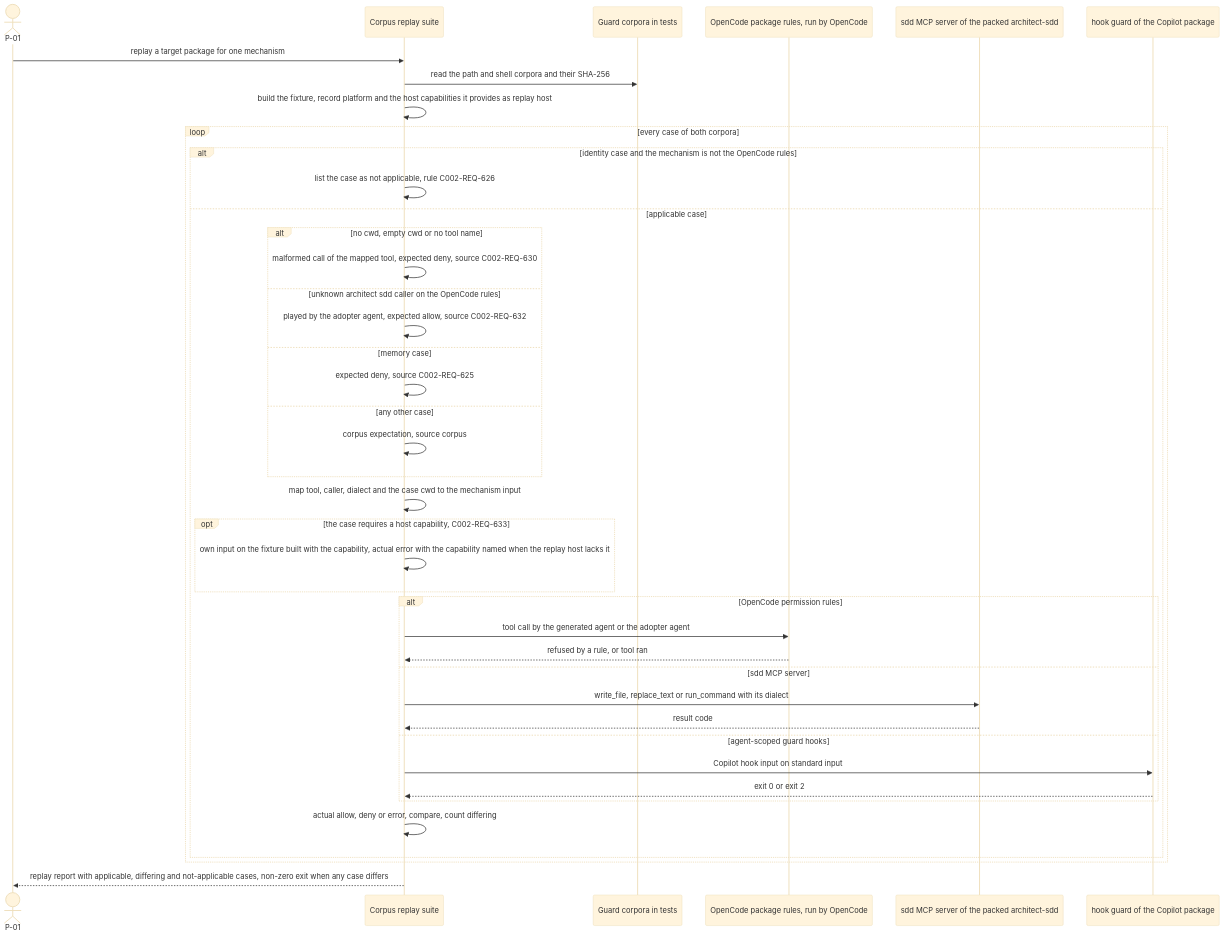
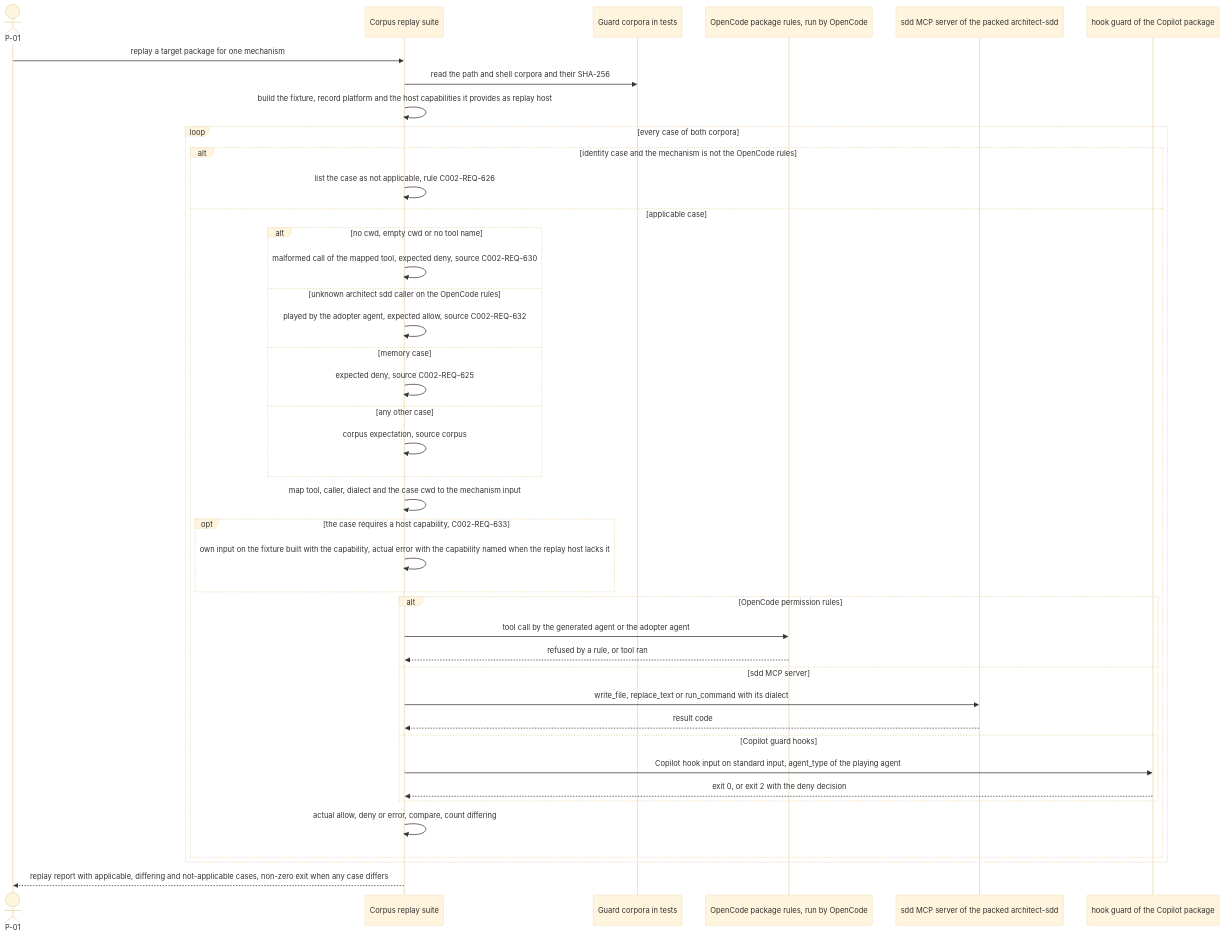
Before and after one commit to jlacube/spec-architect: diagram 12 of 15 in .sdd/002-multi-platform-targets/10-spec/60-architecture/architecture.md, drawn with Mermaid (base theme). The commit also changed other lines of this file and 15 other files, not shown here.

Commit message:
CHG-002: D-003 revision (architect) — Copilot package layout, sdd install copilot, Copilot guard hook by agent_type, naming, ERR-CLI-021/022, flow F13

````diff
--- a/.sdd/002-multi-platform-targets/10-spec/60-architecture/architecture.md
+++ b/.sdd/002-multi-platform-targets/10-spec/60-architecture/architecture.md
@@ -706,44 +740,44 @@
 ```mermaid
 sequenceDiagram
   %% F11 corpus replay with per-mechanism expectations. Realizes C002-TS-608 C002-TS-609 C002-TS-628 C002-TS-629 C002-TS-630 C002-TS-631 C002-TS-643 C002-TS-644 C002-TS-645 C002-TS-646 C002-TS-647
   actor P01 as P-01
   participant C002_COMP_008 as Corpus replay suite
   participant C002_COMP_013 as Guard corpora in tests
   participant C002_COMP_003 as OpenCode package rules, run by OpenCode
   participant C002_COMP_005 as sdd MCP server of the packed architect-sdd
   participant C002_COMP_012 as hook guard of the Copilot package
   P01->>C002_COMP_008: replay a target package for one mechanism
   C002_COMP_008->>C002_COMP_013: read the path and shell corpora and their SHA-256
   C002_COMP_008->>C002_COMP_008: build the fixture, record platform and the host capabilities it provides as replay host
   loop every case of both corpora
     alt identity case and the mechanism is not the OpenCode rules
       C002_COMP_008->>C002_COMP_008: list the case as not applicable, rule C002-REQ-626
     else applicable case
       alt no cwd, empty cwd or no tool name
         C002_COMP_008->>C002_COMP_008: malformed call of the mapped tool, expected deny, source C002-REQ-630
       else unknown architect sdd caller on the OpenCode rules
         C002_COMP_008->>C002_COMP_008: played by the adopter agent, expected allow, source C002-REQ-632
       else memory case
         C002_COMP_008->>C002_COMP_008: expected deny, source C002-REQ-625
       else any other case
         C002_COMP_008->>C002_COMP_008: corpus expectation, source corpus
       end
       C002_COMP_008->>C002_COMP_008: map tool, caller, dialect and the case cwd to the mechanism input
       opt the case requires a host capability, C002-REQ-633
         C002_COMP_008->>C002_COMP_008: own input on the fixture built with the capability, actual error with the capability named when the replay host lacks it
       end
       alt OpenCode permission rules
         C002_COMP_008->>C002_COMP_003: tool call by the generated agent or the adopter agent
         C002_COMP_003-->>C002_COMP_008: refused by a rule, or tool ran
       else sdd MCP server
         C002_COMP_008->>C002_COMP_005: write_file, replace_text or run_command with its dialect
         C002_COMP_005-->>C002_COMP_008: result code
-      else agent-scoped guard hooks
-        C002_COMP_008->>C002_COMP_012: Copilot hook input on standard input
-        C002_COMP_012-->>C002_COMP_008: exit 0 or exit 2
+      else Copilot guard hooks
+        C002_COMP_008->>C002_COMP_012: Copilot hook input on standard input, agent_type of the playing agent
+        C002_COMP_012-->>C002_COMP_008: exit 0, or exit 2 with the deny decision
       end
       C002_COMP_008->>C002_COMP_008: actual allow, deny or error, compare, count differing
     end
   end
   C002_COMP_008-->>P01: replay report with applicable, differing and not-applicable cases, non-zero exit when any case differs
 ```
````
